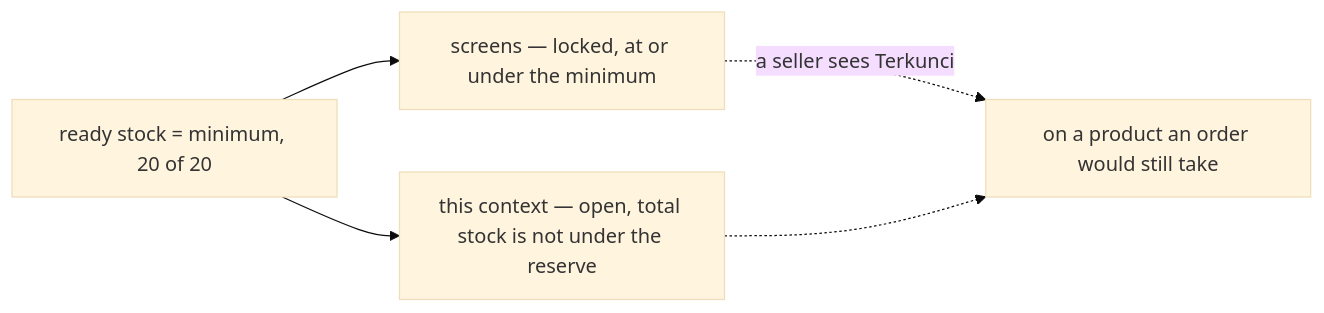
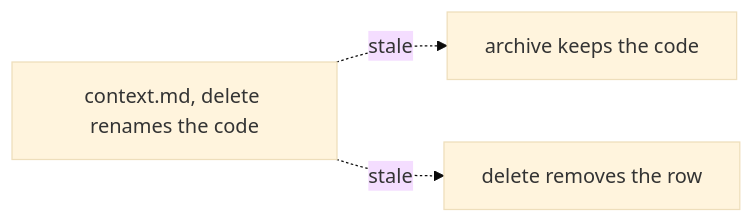
The sixth of 9 diagrams in docs/business/product/context_clarify.md (pdcgo/warehouse_revamp), drawn with Mermaid (base theme) before and after one commit. The commit also changed other lines of this file and 42 other files, not shown here.

````diff
--- a/docs/business/product/context_clarify.md
+++ b/docs/business/product/context_clarify.md
@@ -337,7 +332,5 @@
 ```mermaid
 flowchart LR
-  S["ready stock = minimum, 20 of 20"] --> F["screens — locked, at or under the minimum"]
-  S --> B["this context — open, total stock is not under the reserve"]
-  F -.->|"a seller sees Terkunci"| X["on a product an order would still take"]
-  B -.-> X
+  D["context.md, delete renames the code"] -.->|"stale"| A["archive keeps the code"]
+  D -.->|"stale"| X["delete removes the row"]
 ```
````
